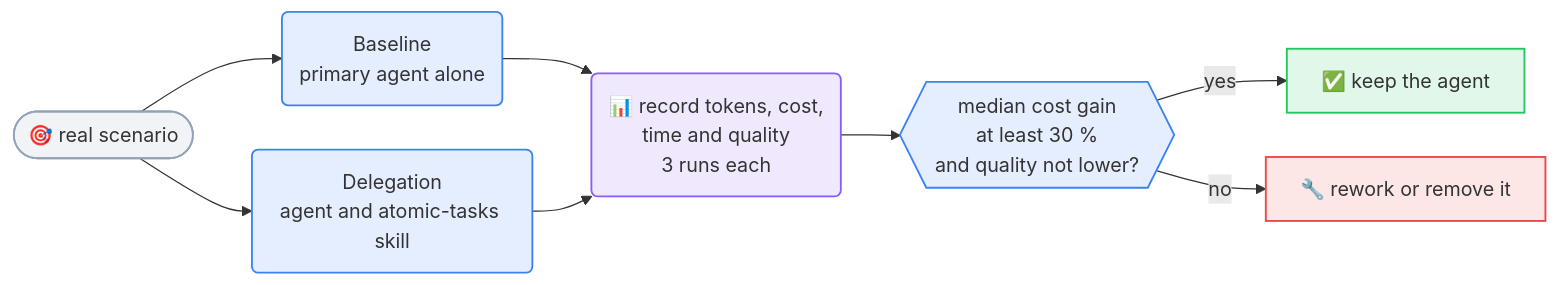
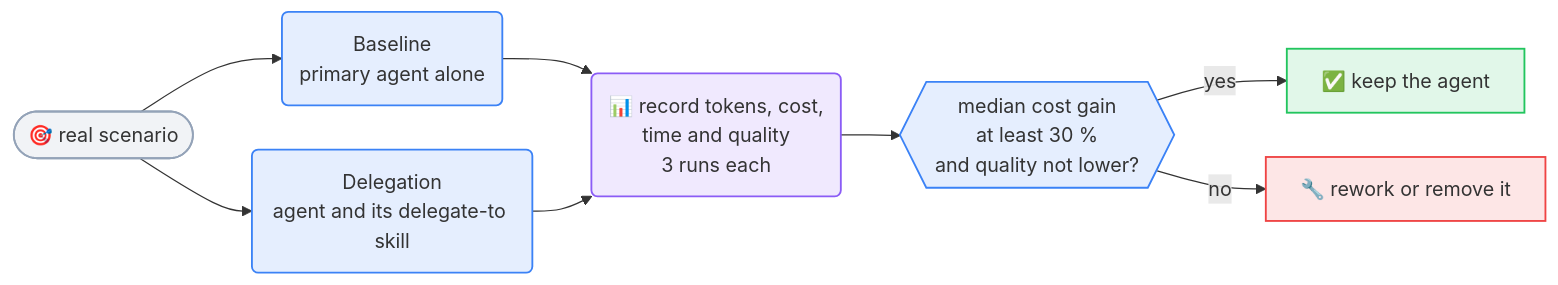
Before and after one commit to HW-Agents-Forge/general-agents: the diagram in docs/evaluation.md, drawn with Mermaid. The commit also changed other lines of this file and 100 other files, not shown here.

````diff
--- a/docs/evaluation.md
+++ b/docs/evaluation.md
@@ -11,25 +11,25 @@
 ```mermaid
 %%{init: {"flowchart":{"curve":"basis","padding":14,"nodeSpacing":36,"rankSpacing":48}}}%%
 flowchart LR
     S(["🎯 real scenario"]) --> BL("Baseline<br/>primary agent alone")
-    S --> DL("Delegation<br/>agent and atomic-tasks skill")
+    S --> DL("Delegation<br/>agent and its delegate-to skill")
     BL --> M("📊 record tokens, cost,<br/>time and quality<br/>3 runs each")
     DL --> M
     M --> G{{"median cost gain<br/>at least 30 %<br/>and quality not lower?"}}
     G -- "yes" --> K["✅ keep the agent"]
     G -- "no" --> W["🔧 rework or remove it"]
 
     classDef src fill:#3b82f622,stroke:#3b82f6,stroke-width:1.5px
     classDef eng fill:#8b5cf622,stroke:#8b5cf6,stroke-width:1.5px
     classDef out fill:#22c55e22,stroke:#22c55e,stroke-width:1.5px
     classDef agent fill:#f59e0b22,stroke:#f59e0b,stroke-width:1.5px
     classDef bad fill:#ef444422,stroke:#ef4444,stroke-width:1.5px
     classDef quiet fill:#94a3b822,stroke:#94a3b8,stroke-width:1.5px
 
     class S quiet
     class BL,DL src
     class M eng
     class G src
     class K out
     class W bad
 ```
````
